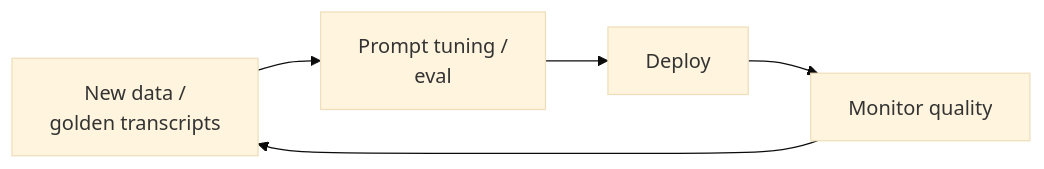
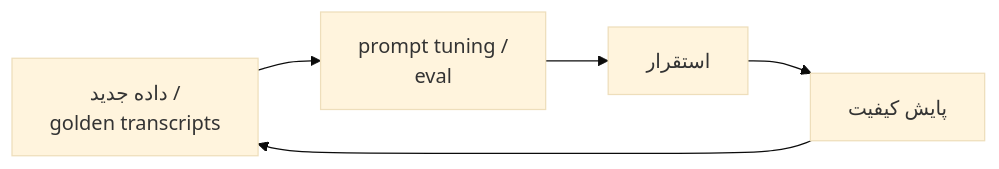
One commit to Rvin-zh/meeting-assistant changed the diagram in docs/diagrams/03-roadmap-and-future-work-6.mmd. Above: the diagram before and after it, drawn with Mermaid (base theme). The commit also changed 35 other files, not shown here.

```diff
--- a/docs/diagrams/03-roadmap-and-future-work-6.mmd
+++ b/docs/diagrams/03-roadmap-and-future-work-6.mmd
@@ -1,5 +1,5 @@
 flowchart LR
-    D["New data /<br/>golden transcripts"] --> T["Prompt tuning /<br/>eval"]
-    T --> DEP["Deploy"]
-    DEP --> MON["Monitor quality"]
+    D["داده جدید /<br/>golden transcripts"] --> T["prompt tuning /<br/>eval"]
+    T --> DEP["استقرار"]
+    DEP --> MON["پایش کیفیت"]
     MON --> D
```
